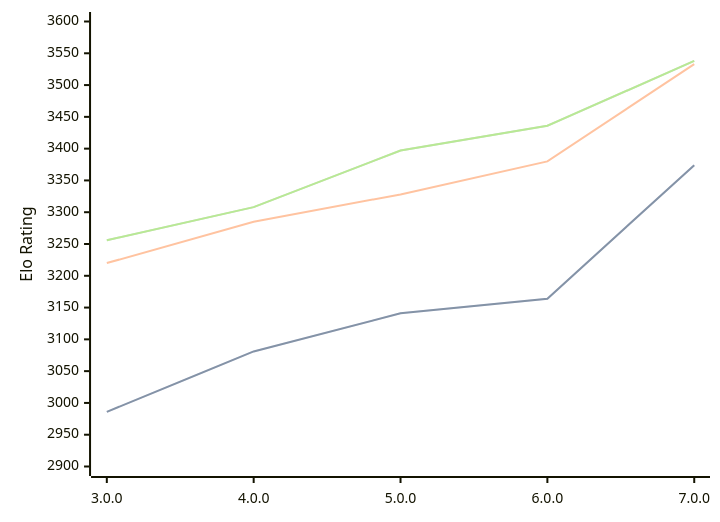
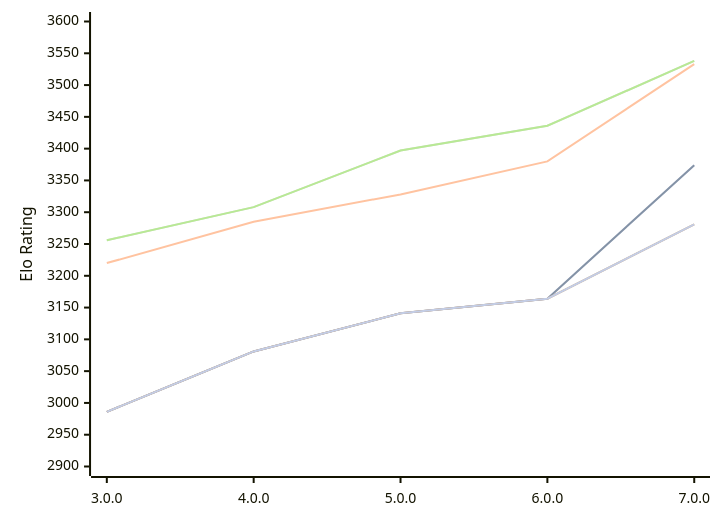
One commit to computer-chess-index/cci changed the diagram in engines/Minke.md. Above: the diagram before and after it, drawn with Mermaid. The commit also changed other lines of this file, not shown here.

Commit message:
Update CCI Ratings (ELO VLTC) - 2026-10-11

````diff
--- a/engines/Minke.md
+++ b/engines/Minke.md
@@ -51,16 +51,13 @@
 ```mermaid
 %%{init: {"theme":"base","themeVariables":{"seriesColors:['#a3a3a3','#222221','#faa371']}}}%%
 xychart-beta
   x-axis ["3.0.0", "4.0.0", "5.0.0", "6.0.0", "7.0.0"]
   y-axis "Elo Rating" 2900 --> 3600
   line "" [2986, 3081, 3141, 3164, 3374]
   line "T1: STC (8.0+0.08s)" [2986, 3081, 3141, 3164, 3374]
   line "T1: LTC (60.0+0.60s)" [3220, 3285, 3328, 3380, 3533]
   line "" [3256, 3308, 3397, 3436, 3538]
   line "T1: VLTC (2m24s+1.12s)" [3256, 3308, 3397, 3436, 3538]
-  line "" [3266]
-  line "E1: STC (8.0+0.08s)" [3266]
-  line "E1: LTC (60.0+0.60s)" [3482]
-  line "" [3552]
-  line "E1: VLTC (2m24s+1.12s)" [3552]
+  line "" [2986, 3081, 3141, 3164,3281]
+  line "E1: STC (8.0+0.08s)" [2986, 3081, 3141, 3164,3281]
 ```
````
